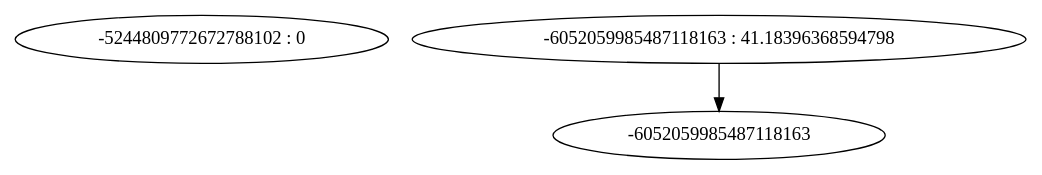
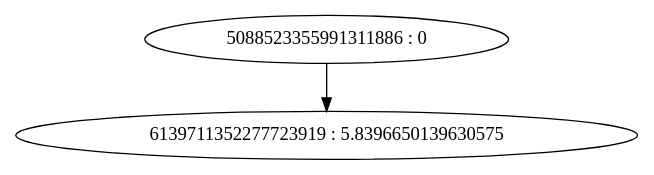
The diagram in plots/tree_1.dot.gv (aka2910/P2P-currency-simulator), drawn with Graphviz before and after one commit. The commit also changed 101 other files, not shown here.

```diff
--- a/plots/tree_1.dot.gv
+++ b/plots/tree_1.dot.gv
@@ -1,5 +1,5 @@
 digraph "plots/tree_1.dot" {
-	0 [label="-5244809772672788102 : 0"]
-	1 [label="-6052059985487118163 : 41.18396368594798"]
-	1 -> -6052059985487118163
+	0 [label="5088523355991311886 : 0"]
+	1 [label="6139711352277723919 : 5.8396650139630575"]
+	0 -> 1
 }
```
